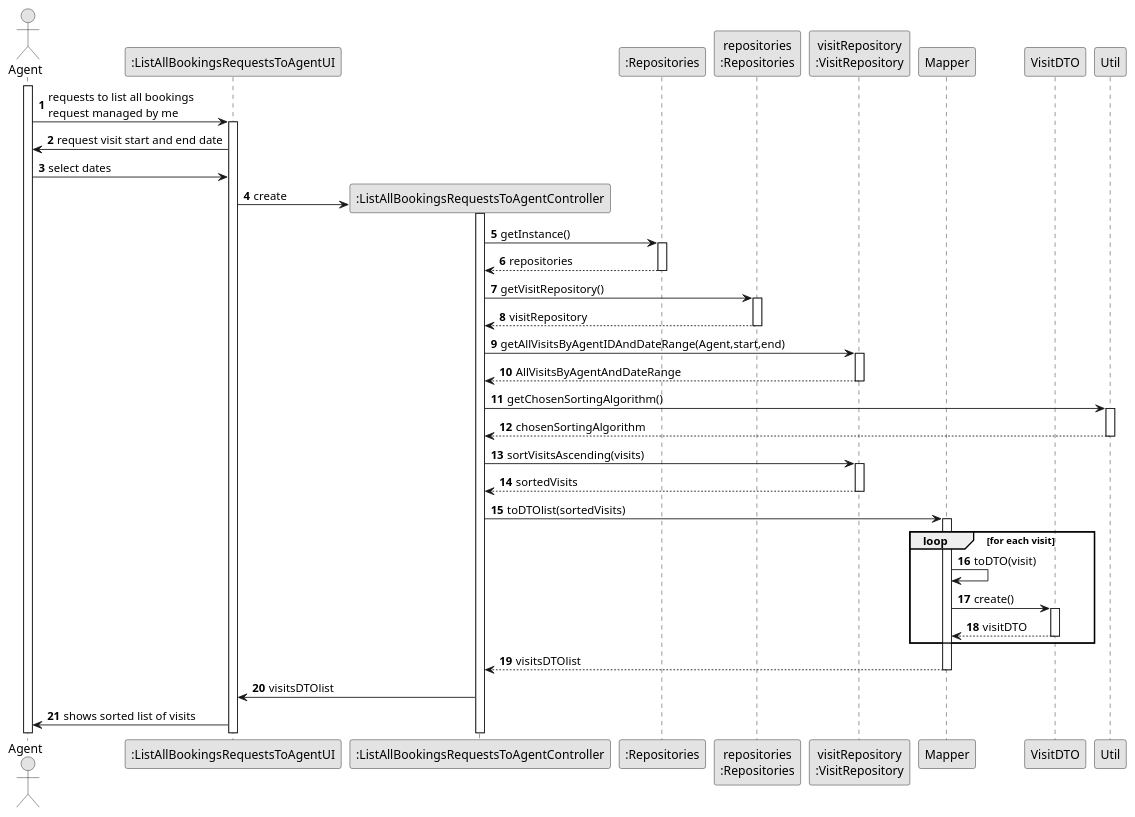
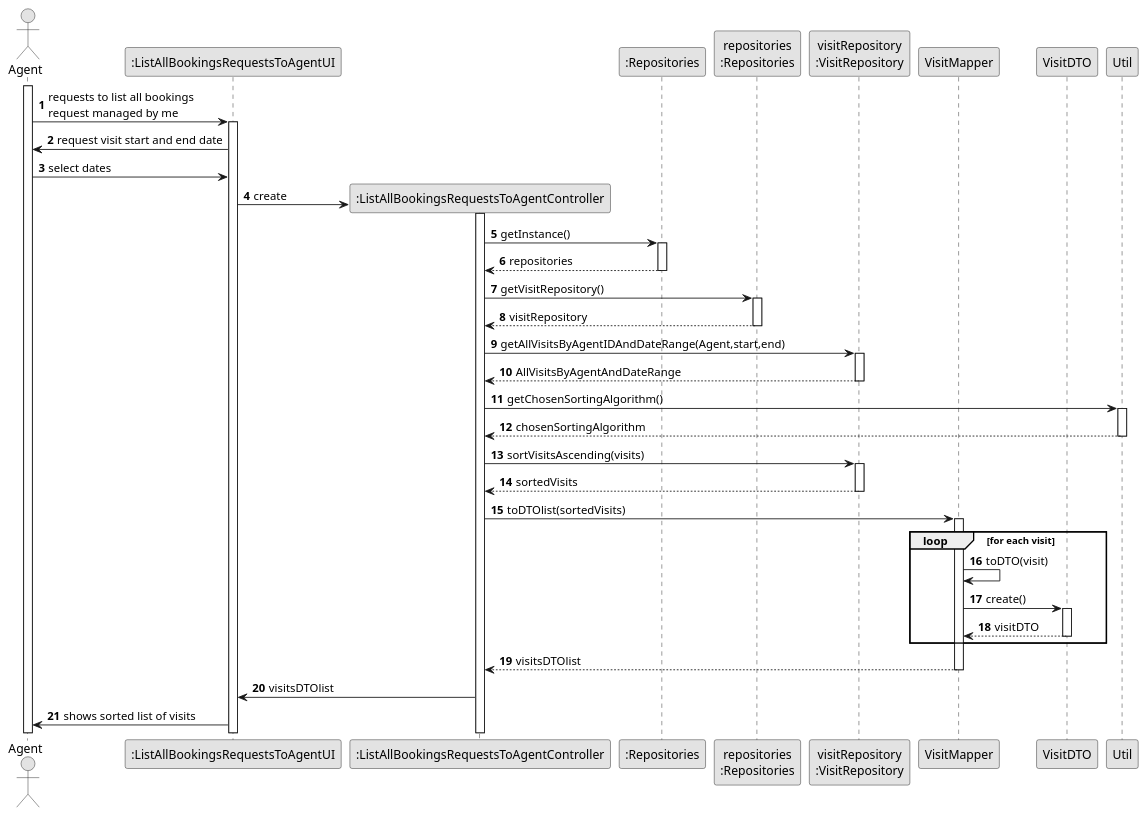
Before and after one commit to tiagohcorreia/LAPR2: the diagram in docs/sprintD/US015/03.design/puml/US015_SD.puml, drawn with PlantUML. The commit also changed 6 other files, not shown here.

```diff
--- a/docs/sprintD/US015/03.design/puml/US015_SD.puml
+++ b/docs/sprintD/US015/03.design/puml/US015_SD.puml
@@ -1,77 +1,77 @@
 @startuml
 'https://plantuml.com/sequence-diagram
 
 skinparam monochrome true
 skinparam shadowing false
 autonumber
 
 actor "Agent" as agent
 participant ":ListAllBookingsRequestsToAgentUI" as ui
 participant ":ListAllBookingsRequestsToAgentController" as ctrl
 
 
 participant ":Repositories" as repos
 participant "repositories\n:Repositories" as repositories
 participant "visitRepository\n:VisitRepository" as vstR
 'participant "propertyRepository\n:PropertyRepository" as propR
 
 
-participant "Mapper" as map
+participant "VisitMapper" as map
 participant "VisitDTO" as vstDTO
 participant "Util" as util
 
 
 activate agent
 agent -> ui: requests to list all bookings \nrequest managed by me
 activate ui
 ui -> agent: request visit start and end date
 agent -> ui: select dates
 ui -> ctrl**: create
 activate ctrl
 ctrl -> repos: getInstance()
 activate repos
 return repositories
 
 ctrl -> repositories: getVisitRepository()
 activate repositories
 return visitRepository
 
 'ctrl -> repositories: getPropertyRepository()
 'activate repositories
 'return propertyRepository
 
 
 
 ctrl -> vstR: getAllVisitsByAgentIDAndDateRange(Agent,start,end)
 activate vstR
 
 return AllVisitsByAgentAndDateRange
 
 
 ctrl -> util: getChosenSortingAlgorithm()
 activate util
 return chosenSortingAlgorithm
 ctrl -> vstR: sortVisitsAscending(visits)
 activate vstR
 
 return sortedVisits
 
 ctrl -> map: toDTOlist(sortedVisits)
 activate map
 
 loop for each visit
 
 map -> map: toDTO(visit)
 map -> vstDTO: create()
 activate vstDTO
 return visitDTO
 
 end
 
 return visitsDTOlist
 
 ctrl -> ui: visitsDTOlist
 
 ui -> agent: shows sorted list of visits
 
 @enduml
```
